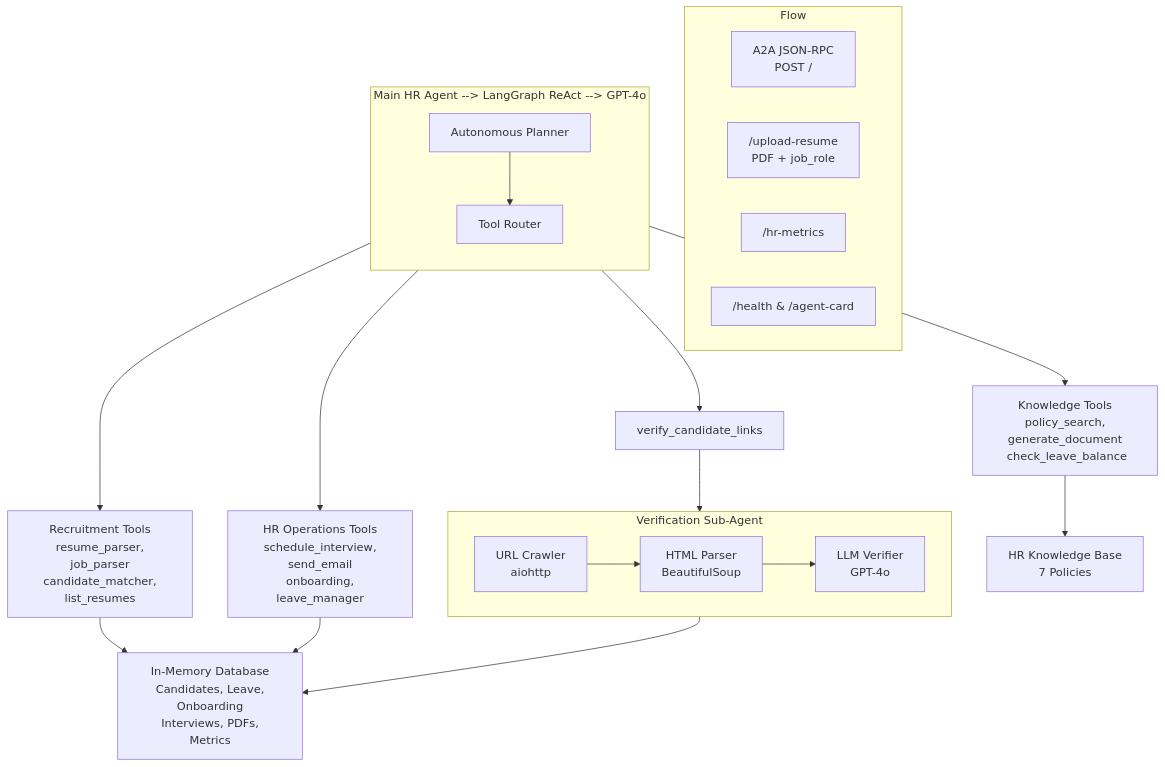
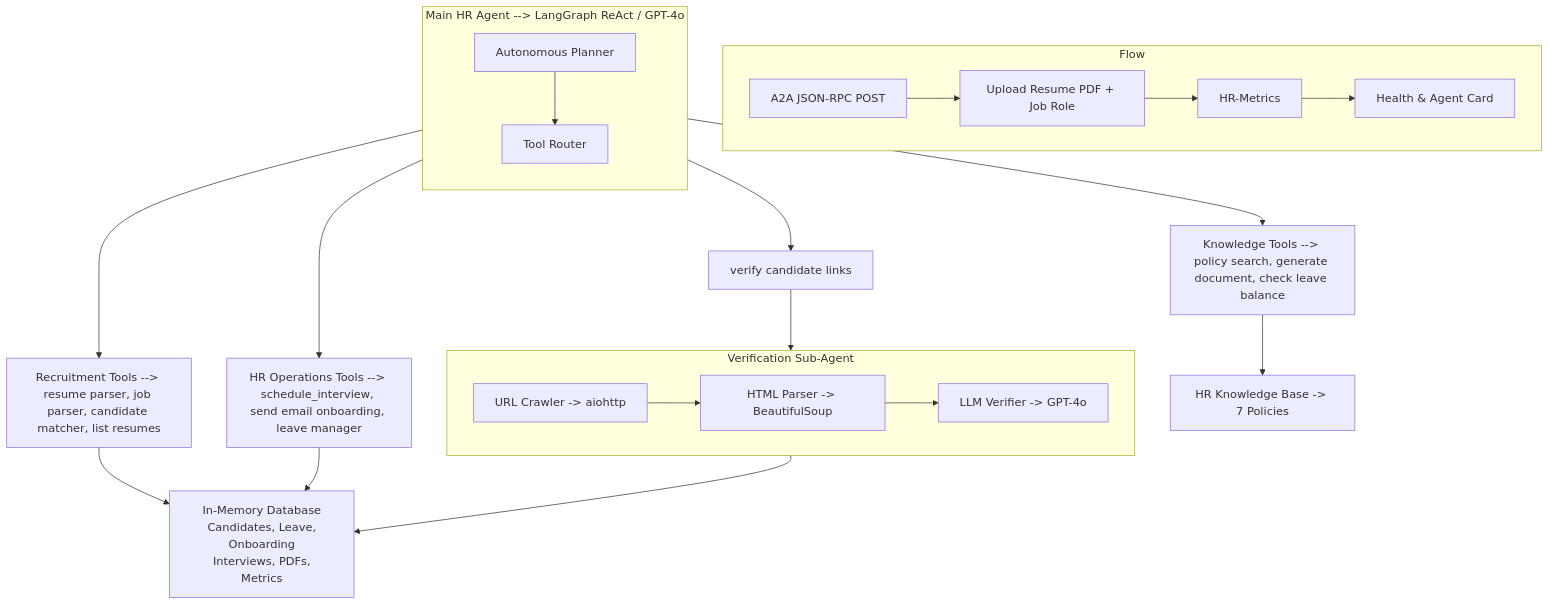
The first of 2 diagrams in README.md (cyberaionics/Morris-AI), drawn with Mermaid before and after one commit.

````diff
--- a/README.md
+++ b/README.md
@@ -88,31 +88,28 @@
 ```mermaid
 graph TB
     subgraph Flow["Flow"]
-    A2A["A2A JSON-RPC\nPOST /"] 
-    Upload["/upload-resume\nPDF + job_role"]
-    Metrics["/hr-metrics"]
-    Health["/health & /agent-card"]
+    A2A["A2A JSON-RPC POST"] --> Upload["Upload Resume PDF + Job Role"] --> Metrics["HR-Metrics"] --> Health["Health & Agent Card"]
     end
 
-    subgraph Agent["Main HR Agent --> LangGraph ReAct --> GPT-4o"]
+    subgraph Agent["Main HR Agent --> LangGraph ReAct / GPT-4o"]
         direction TB
         Planner["Autonomous Planner"] --> ToolRouter["Tool Router"]
     end
 
-    ToolRouter --> Recruitment["Recruitment Tools\n resume_parser, job_parser\n candidate_matcher, list_resumes"]
-    ToolRouter --> HRops["HR Operations Tools\n schedule_interview, send_email\n onboarding, leave_manager"]
-    ToolRouter --> KBTools["Knowledge Tools\n policy_search, generate_document\n check_leave_balance"]
-    ToolRouter --> VerifyTool["verify_candidate_links"]
+    ToolRouter --> Recruitment["Recruitment Tools --> resume parser, job parser, candidate matcher, list resumes"]
+    ToolRouter --> HRops["HR Operations Tools --> schedule_interview, send email onboarding, leave manager"]
+    ToolRouter --> KBTools["Knowledge Tools --> policy search, generate document, check leave balance"]
+    ToolRouter --> VerifyTool["verify candidate links"]
 
     VerifyTool --> VerifAgent
 
     subgraph VerifAgent["Verification Sub-Agent"]
         direction LR
-        Crawler["URL Crawler\n aiohttp"] --> HtmlParser["HTML Parser\n BeautifulSoup"] --> LLMVerify["LLM Verifier\n GPT-4o"]
+        Crawler["URL Crawler -> aiohttp"] --> HtmlParser["HTML Parser -> BeautifulSoup"] --> LLMVerify["LLM Verifier -> GPT-4o"]
     end
 
     Recruitment --> DB["In-Memory Database\n Candidates, Leave, Onboarding\n Interviews, PDFs, Metrics"]
     HRops --> DB
     LLMVerify --> DB
-    KBTools --> KB["HR Knowledge Base\n 7 Policies"]
+    KBTools --> KB["HR Knowledge Base -> 7 Policies"]
 ```
````
